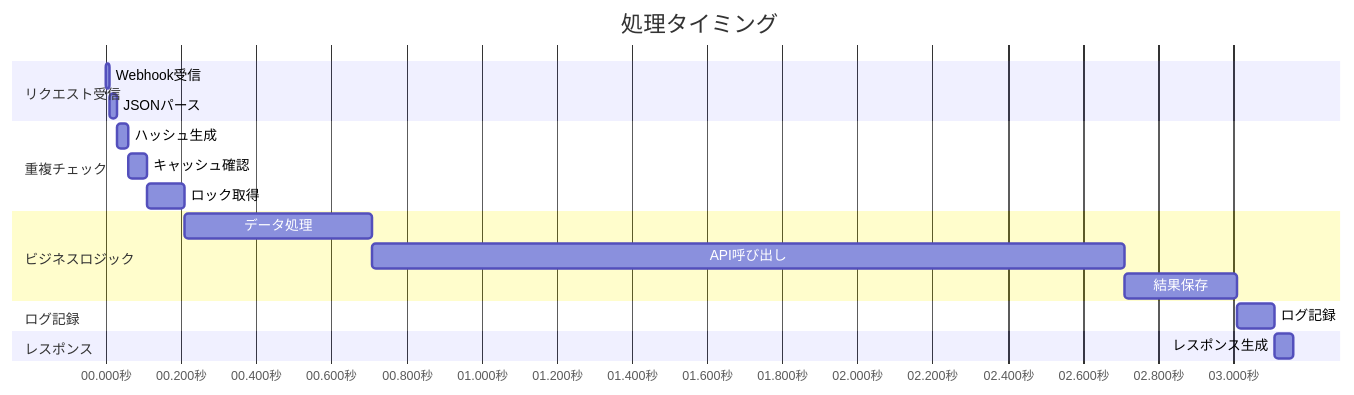
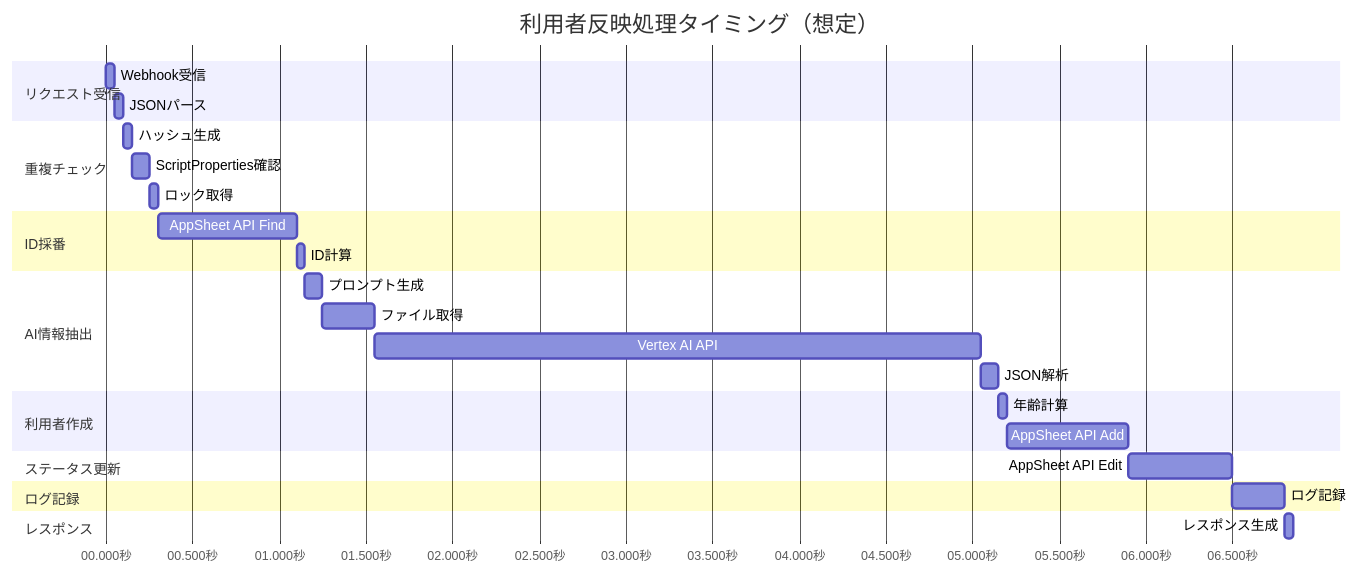
One commit to tasai-lab/appsheet-gas-automation changed the eighth of 9 diagrams in gas_projects/projects/clients/Appsheet_利用者_反映/FLOW.md. Above: the diagram before and after it, drawn with Mermaid. The commit also changed other lines of this file and 9 other files, not shown here.

````diff
--- a/gas_projects/projects/clients/Appsheet_利用者_反映/FLOW.md
+++ b/gas_projects/projects/clients/Appsheet_利用者_反映/FLOW.md
@@ -171,26 +372,38 @@
 ```mermaid
 gantt
-    title 処理タイミング
+    title 利用者反映処理タイミング（想定）
     dateFormat  HH:mm:ss.SSS
     axisFormat  %S.%L秒
-    
+
     section リクエスト受信
-    Webhook受信           :a1, 00:00:00.000, 10ms
-    JSONパース            :a2, after a1, 20ms
-    
+    Webhook受信           :a1, 00:00:00.000, 50ms
+    JSONパース            :a2, after a1, 50ms
+
     section 重複チェック
-    ハッシュ生成          :b1, after a2, 30ms
-    キャッシュ確認        :b2, after b1, 50ms
-    ロック取得            :b3, after b2, 100ms
-    
-    section ビジネスロジック
-    データ処理            :c1, after b3, 500ms
-    API呼び出し           :c2, after c1, 2000ms
-    結果保存              :c3, after c2, 300ms
-    
+    ハッシュ生成          :b1, after a2, 50ms
+    ScriptProperties確認  :b2, after b1, 100ms
+    ロック取得            :b3, after b2, 50ms
+
+    section ID採番
+    AppSheet API Find     :c1, after b3, 800ms
+    ID計算                :c2, after c1, 50ms
+
+    section AI情報抽出
+    プロンプト生成        :d1, after c2, 100ms
+    ファイル取得          :d2, after d1, 300ms
+    Vertex AI API         :d3, after d2, 3500ms
+    JSON解析              :d4, after d3, 100ms
+
+    section 利用者作成
+    年齢計算              :e1, after d4, 50ms
+    AppSheet API Add      :e2, after e1, 700ms
+
+    section ステータス更新
+    AppSheet API Edit     :f1, after e2, 600ms
+
     section ログ記録
-    ログ記録              :d1, after c3, 100ms
-    
+    ログ記録              :g1, after f1, 300ms
+
     section レスポンス
-    レスポンス生成        :e1, after d1, 50ms
+    レスポンス生成        :h1, after g1, 50ms
 ```
````
